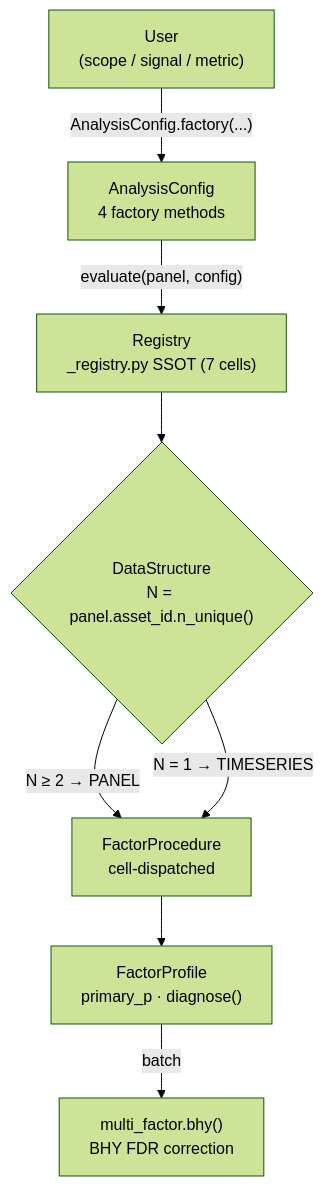
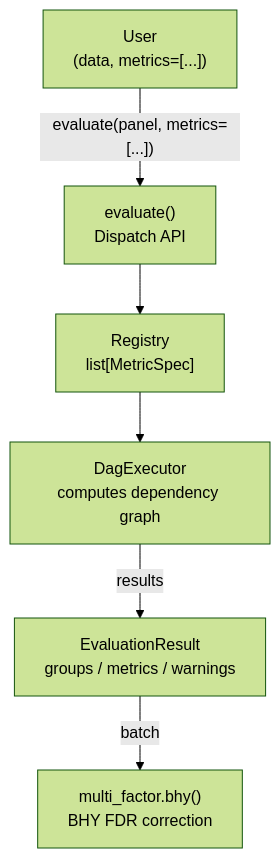
One commit to awwesomeman/factrix changed the diagram in docs/development/architecture.md. Above: the diagram before and after it, drawn with Mermaid (forest theme). The commit also changed other lines of this file and 67 other files, not shown here.

````diff
--- a/docs/development/architecture.md
+++ b/docs/development/architecture.md
@@ -22,18 +22,15 @@
 ```mermaid
 flowchart TD
-    User["User<br/>(scope / signal / metric)"]
-    AC["AnalysisConfig<br/>4 factory methods"]
-    REG["Registry<br/>_registry.py SSOT (7 cells)"]
-    MODE{"DataStructure<br/>N = panel.asset_id.n_unique()"}
-    PROC["FactorProcedure<br/>cell-dispatched"]
-    FP["FactorProfile<br/>primary_p · diagnose()"]
+    User["User<br/>(data, metrics=[...])"]
+    EVAL["evaluate()<br/>Dispatch API"]
+    REG["Registry<br/>list[MetricSpec]"]
+    DAG["DagExecutor<br/>computes dependency graph"]
+    ER["EvaluationResult<br/>groups / metrics / warnings"]
     BHY["multi_factor.bhy()<br/>BHY FDR correction"]
 
-    User -->|"AnalysisConfig.factory(...)"| AC
-    AC -->|"evaluate(panel, config)"| REG
-    REG --> MODE
-    MODE -->|"N ≥ 2 → PANEL"| PROC
-    MODE -->|"N = 1 → TIMESERIES"| PROC
-    PROC --> FP
-    FP -->|"batch"| BHY
+    User -->|"evaluate(panel, metrics=[...])"| EVAL
+    EVAL --> REG
+    REG --> DAG
+    DAG -->|"results"| ER
+    ER -->|"batch"| BHY
 ```
````
